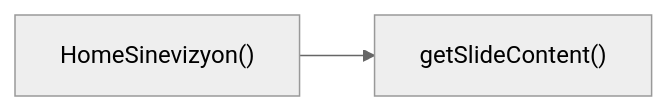
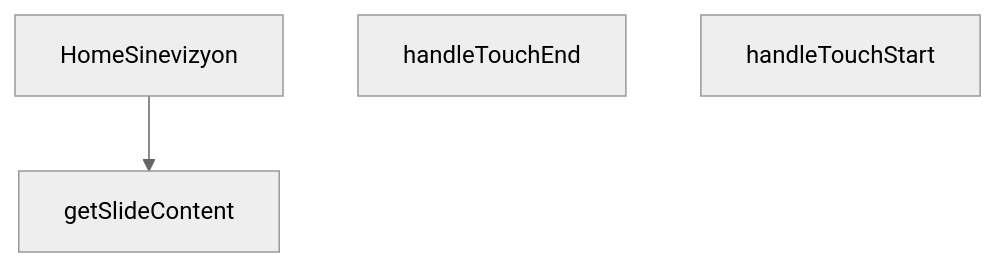
Before and after one commit to peckop/venthub-hvac-esite: the diagram in src/components/home/HomeSinevizyon.md, drawn with Mermaid (neutral theme). The commit also changed other lines of this file and 80 other files, not shown here.

````diff
--- a/src/components/home/HomeSinevizyon.md
+++ b/src/components/home/HomeSinevizyon.md
@@ -264,4 +147,8 @@
 ```mermaid
-graph LR
-    HomeSinevizyon["HomeSinevizyon()"] --> getSlideContent["getSlideContent()"]
+graph TD
+    HomeSinevizyon_tsx__HomeSinevizyon["HomeSinevizyon"]
+    HomeSinevizyon_tsx__getSlideContent["getSlideContent"]
+    HomeSinevizyon_tsx__handleTouchEnd["handleTouchEnd"]
+    HomeSinevizyon_tsx__handleTouchStart["handleTouchStart"]
+    HomeSinevizyon_tsx__HomeSinevizyon --> HomeSinevizyon_tsx__getSlideContent
 ```
````
